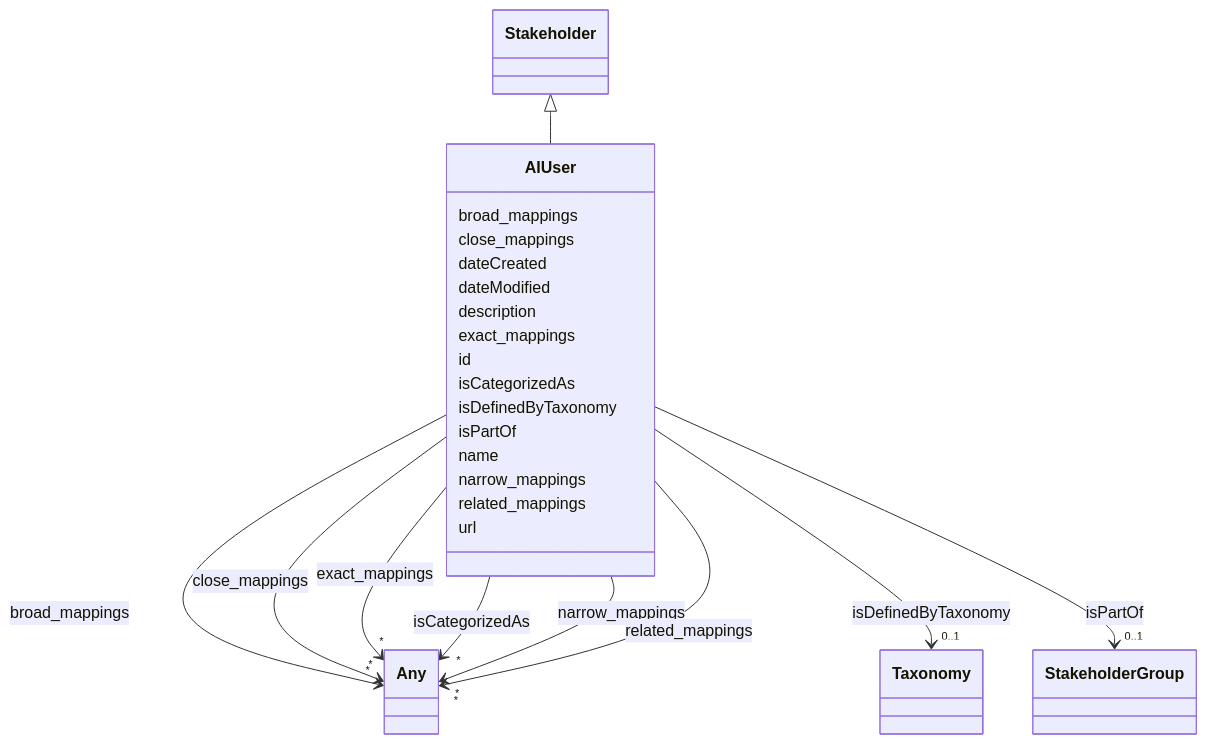
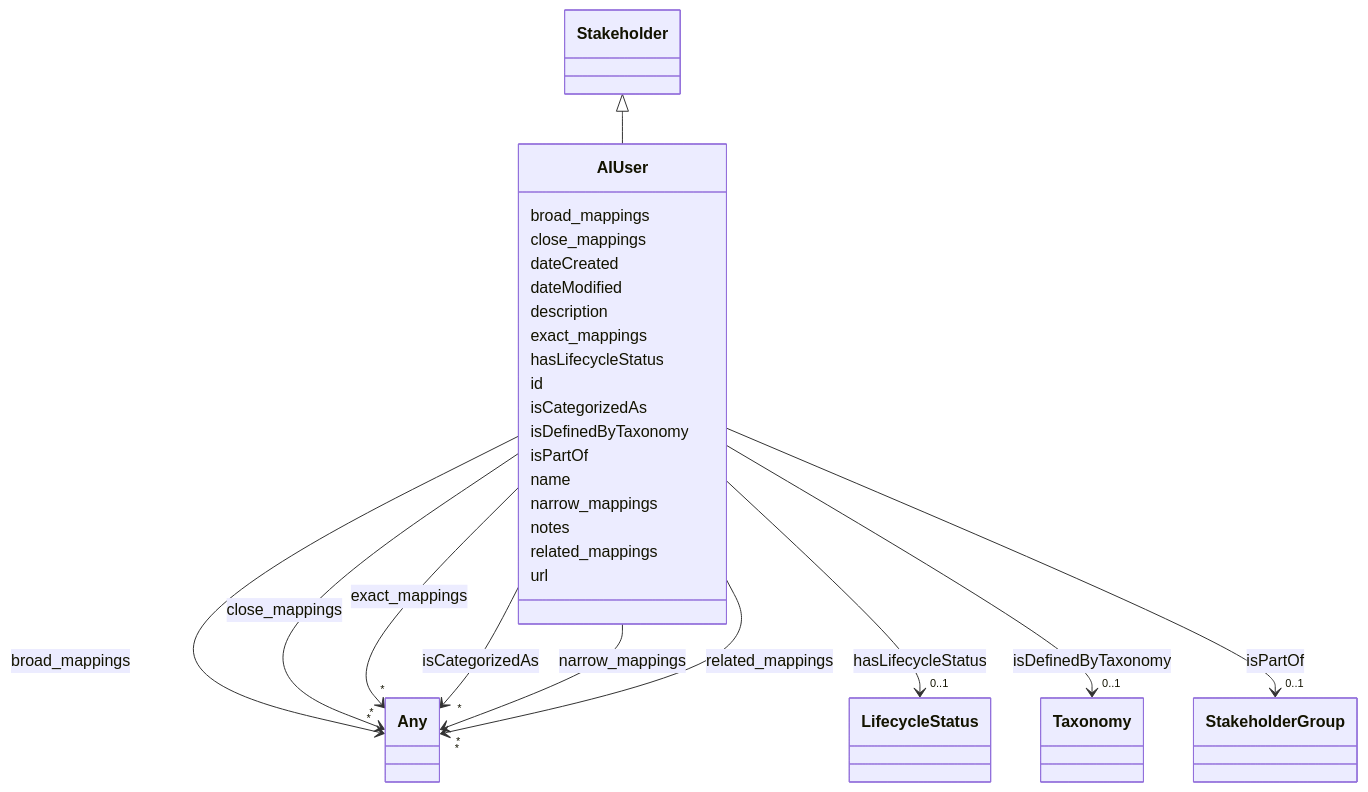
Before and after one commit to ingelise/risk-atlas-nexus: the diagram in docs/ontology/AIUser.md, drawn with Mermaid. The commit also changed other lines of this file and 190 other files, not shown here.

```diff
--- a/docs/ontology/AIUser.md
+++ b/docs/ontology/AIUser.md
@@ -54,6 +54,17 @@
 
         AIUser --> "*" Any : exact_mappings
         click Any href "../Any/"
+
+
+
+      AIUser : hasLifecycleStatus
+
+
+
+
+
+        AIUser --> "0..1" LifecycleStatus : hasLifecycleStatus
+        click LifecycleStatus href "../LifecycleStatus/"
 
 
 
@@ -105,6 +116,8 @@
 
 
 
+      AIUser : notes
+
       AIUser : related_mappings
 
 
```
